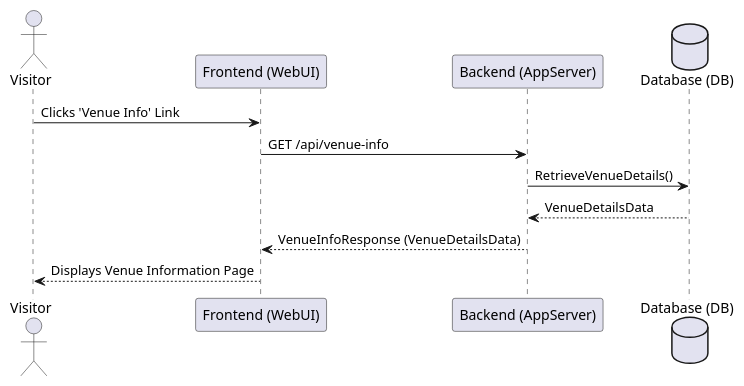
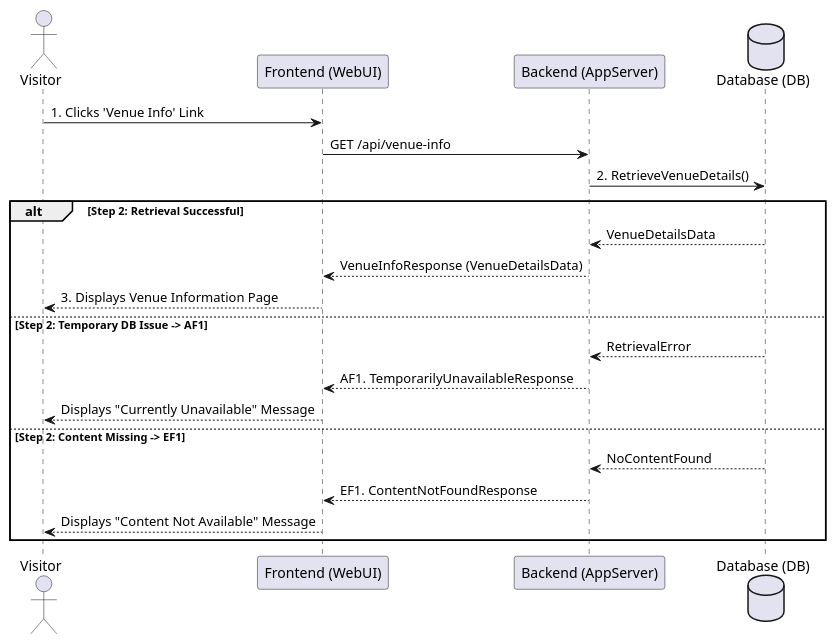
The fourth of 36 diagrams in Academic version/appendix: SRS.md (7azmi/Al-Muneer-Portal), drawn with PlantUML before and after one commit. The commit also changed other lines of this file and 10 other files, not shown here.

````diff
--- a/Academic version/appendix: SRS.md
+++ b/Academic version/appendix: SRS.md
@@ -435,15 +440,25 @@
 ```plantuml
 @startuml
 actor Visitor
 participant "Frontend (WebUI)" as UI
 participant "Backend (AppServer)" as App
 database "Database (DB)" as DB
 
-Visitor -> UI : Clicks 'Venue Info' Link
+Visitor -> UI : 1. Clicks 'Venue Info' Link
 UI -> App : GET /api/venue-info
-App -> DB : RetrieveVenueDetails()
-DB --> App : VenueDetailsData
-App --> UI : VenueInfoResponse (VenueDetailsData)
-UI --> Visitor : Displays Venue Information Page
+App -> DB : 2. RetrieveVenueDetails()
+alt Step 2: Retrieval Successful
+    DB --> App : VenueDetailsData
+    App --> UI : VenueInfoResponse (VenueDetailsData)
+    UI --> Visitor : 3. Displays Venue Information Page
+else Step 2: Temporary DB Issue -> AF1
+    DB --> App : RetrievalError
+    App --> UI : AF1. TemporarilyUnavailableResponse
+    UI --> Visitor : Displays "Currently Unavailable" Message
+else Step 2: Content Missing -> EF1
+    DB --> App : NoContentFound
+    App --> UI : EF1. ContentNotFoundResponse
+    UI --> Visitor : Displays "Content Not Available" Message
+end
 @enduml
 ```
````
